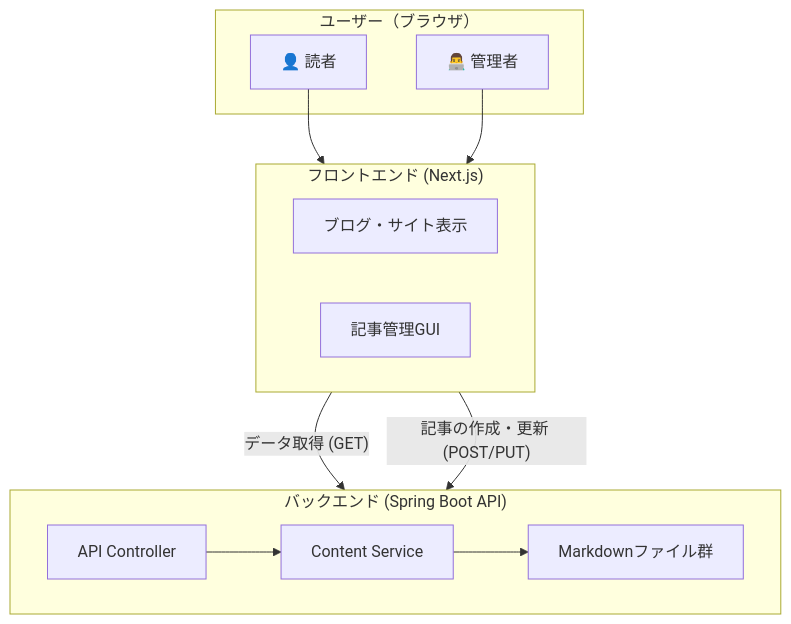
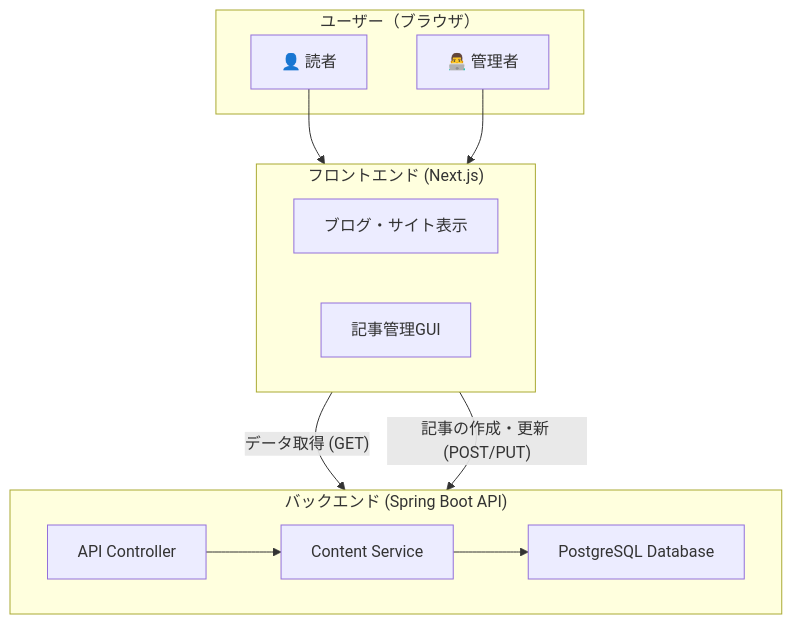
Before and after one commit to somadevfat/somadev-pages: the diagram in docs/PROJECT_DESIGN.md, drawn with Mermaid. The commit also changed other lines of this file and 1 other file, not shown here.

Commit message:
docs: Update project plan to use database persistence

````diff
--- a/docs/PROJECT_DESIGN.md
+++ b/docs/PROJECT_DESIGN.md
@@ -22,29 +22,29 @@
 ```mermaid
 graph TD
     subgraph "ユーザー（ブラウザ）"
         User[👤 読者]
         Admin[👨‍💻 管理者]
     end
 
     subgraph "フロントエンド (Next.js)"
         direction LR
         WebApp[ブログ・サイト表示]
         AdminUI[記事管理GUI]
     end
     
     subgraph "バックエンド (Spring Boot API)"
         direction LR
         Controller[API Controller]
         Service[Content Service]
-        Storage[Markdownファイル群]
+        Storage[PostgreSQL Database]
     end
 
     User --> WebApp
     WebApp -->|"データ取得 (GET)"| Controller
     
     Admin --> AdminUI
     AdminUI -->|"記事の作成・更新 (POST/PUT)"| Controller
 
     Controller --> Service
     Service --> Storage
 ```
````
